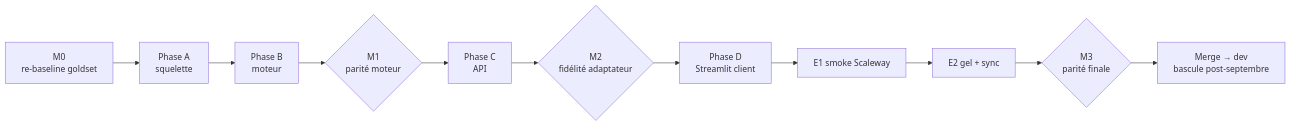
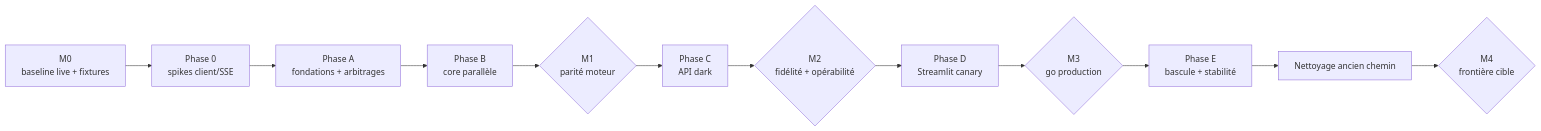
The diagram in docs/architecture/hexagonal-split/04-migration-plan.md (DGAFP/assistant-rh), drawn with Mermaid before and after one commit. The commit also changed other lines of this file and 6 other files, not shown here.

````diff
--- a/docs/architecture/hexagonal-split/04-migration-plan.md
+++ b/docs/architecture/hexagonal-split/04-migration-plan.md
@@ -97,6 +144,9 @@
 ```mermaid
 flowchart LR
-    M0[M0<br/>re-baseline goldset] --> A[Phase A<br/>squelette] --> B[Phase B<br/>moteur] --> M1{M1<br/>parité moteur}
-    M1 --> C[Phase C<br/>API] --> M2{M2<br/>fidélité adaptateur} --> D[Phase D<br/>Streamlit client] --> E1[E1 smoke Scaleway]
-    E1 --> E2[E2 gel + sync] --> M3{M3<br/>parité finale} --> E3[Merge → dev<br/>bascule post-septembre]
+    M0[M0<br/>baseline live + fixtures] --> S[Phase 0<br/>spikes client/SSE]
+    S --> A[Phase A<br/>fondations + arbitrages] --> B[Phase B<br/>core parallèle]
+    B --> M1{M1<br/>parité moteur} --> C[Phase C<br/>API dark]
+    C --> M2{M2<br/>fidélité + opérabilité} --> D[Phase D<br/>Streamlit canary]
+    D --> M3{M3<br/>go production} --> E[Phase E<br/>bascule + stabilité]
+    E --> CLEAN[Nettoyage ancien chemin] --> M4{M4<br/>frontière cible}
 ```
````
